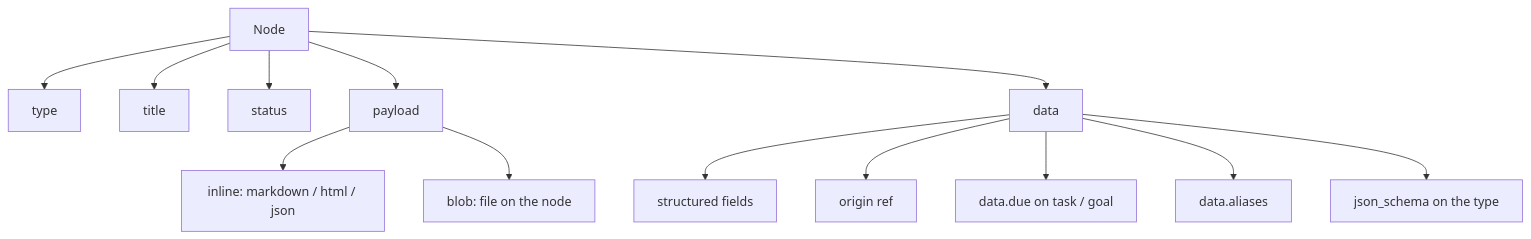
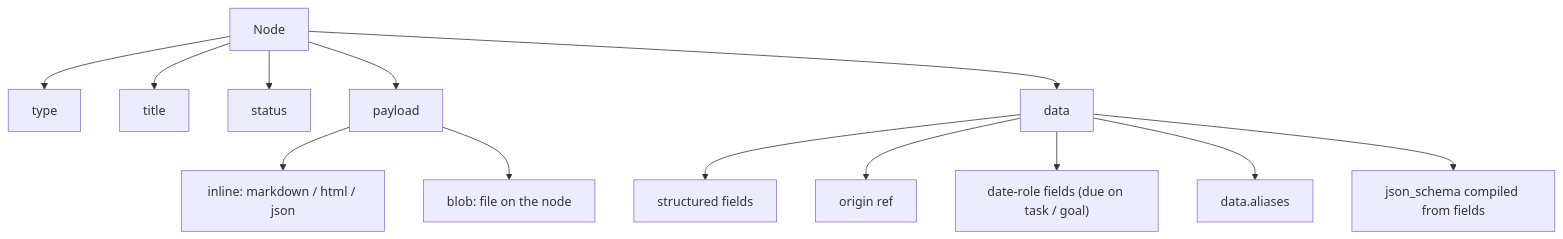
One commit to dgraziosi/foundation changed the third of 10 diagrams in docs/ARCHITECTURE.md. Above: the diagram before and after it, drawn with Mermaid. The commit also changed other lines of this file and 36 other files, not shown here.

````diff
--- a/docs/ARCHITECTURE.md
+++ b/docs/ARCHITECTURE.md
@@ -64,18 +64,18 @@
 ```mermaid
 flowchart TB
   node_box["Node"]
   node_box --> node_type["type"]
   node_box --> node_title["title"]
   node_box --> node_status["status"]
   node_box --> node_payload["payload"]
   node_box --> node_data["data"]
 
   node_payload --> inline["inline: markdown / html / json"]
   node_payload --> blob_on_node["blob: file on the node"]
 
   node_data --> structured["structured fields"]
   node_data --> origin["origin ref"]
-  node_data --> due["data.due on task / goal"]
+  node_data --> due["date-role fields (due on task / goal)"]
   node_data --> aliases["data.aliases"]
-  node_data --> schema["json_schema on the type"]
+  node_data --> schema["json_schema compiled from fields"]
 ```
````
